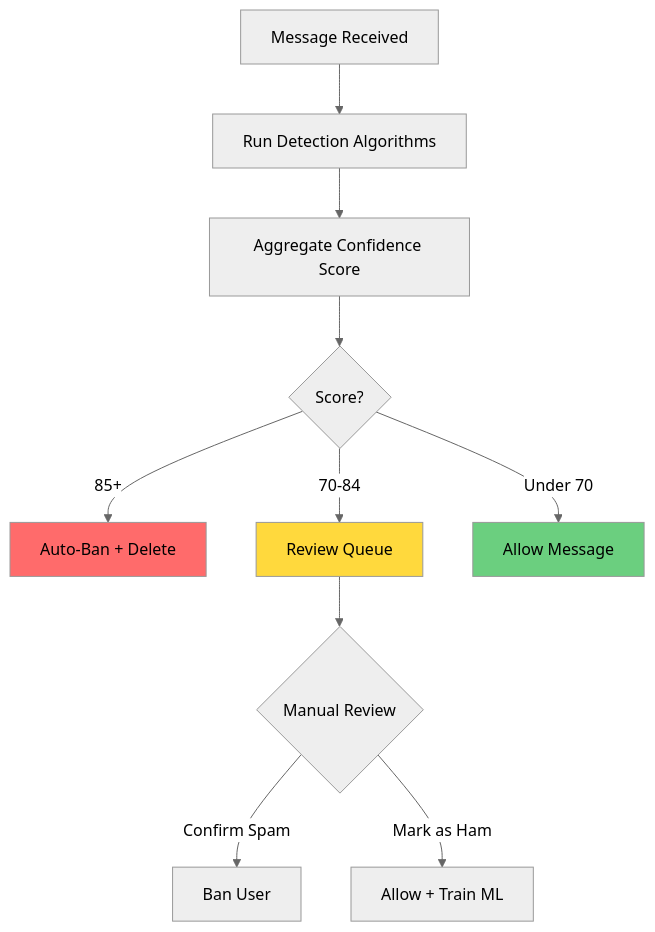
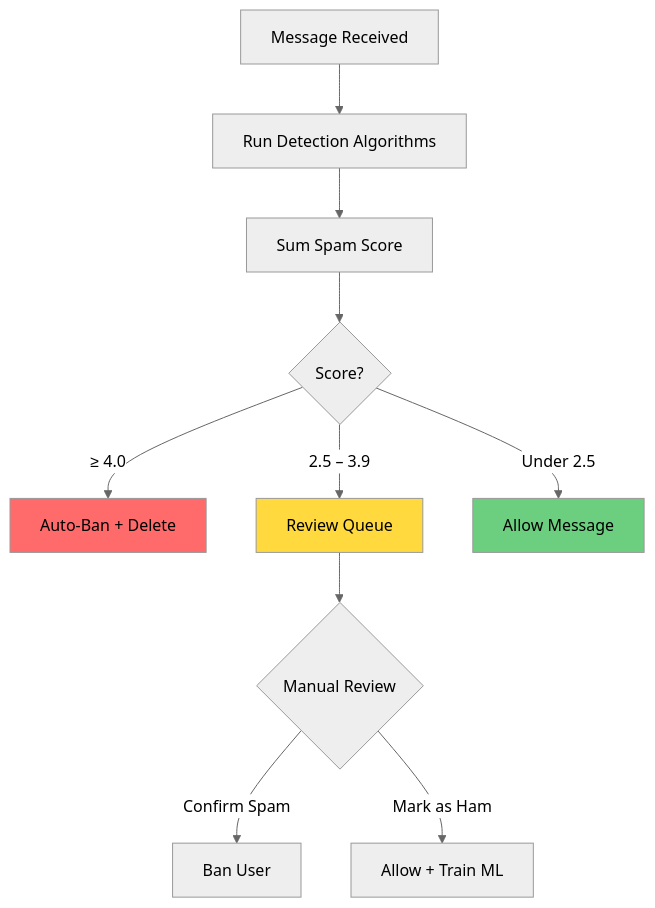
The second of 2 diagrams in TelegramGroupsAdmin/Docs/getting-started/02-first-configuration.md (musicislife08/TelegramGroupsAdmin), drawn with Mermaid (neutral theme) before and after one commit. The commit also changed other lines of this file and 21 other files, not shown here.

````diff
--- a/TelegramGroupsAdmin/Docs/getting-started/02-first-configuration.md
+++ b/TelegramGroupsAdmin/Docs/getting-started/02-first-configuration.md
@@ -339,17 +337,17 @@
 ```mermaid
 flowchart TD
     A[Message Received] --> B[Run Detection Algorithms]
-    B --> C[Aggregate Confidence Score]
+    B --> C[Sum Spam Score]
     C --> D{Score?}
-    D -->|85+| E[Auto-Ban + Delete]
-    D -->|70-84| F[Review Queue]
-    D -->|Under 70| G[Allow Message]
+    D -->|≥ 4.0| E[Auto-Ban + Delete]
+    D -->|2.5 – 3.9| F[Review Queue]
+    D -->|Under 2.5| G[Allow Message]
 
     F --> H{Manual Review}
     H -->|Confirm Spam| I[Ban User]
     H -->|Mark as Ham| J[Allow + Train ML]
 
     style E fill:#ff6b6b
     style F fill:#ffd93d
     style G fill:#6bcf7f
 ```
````
